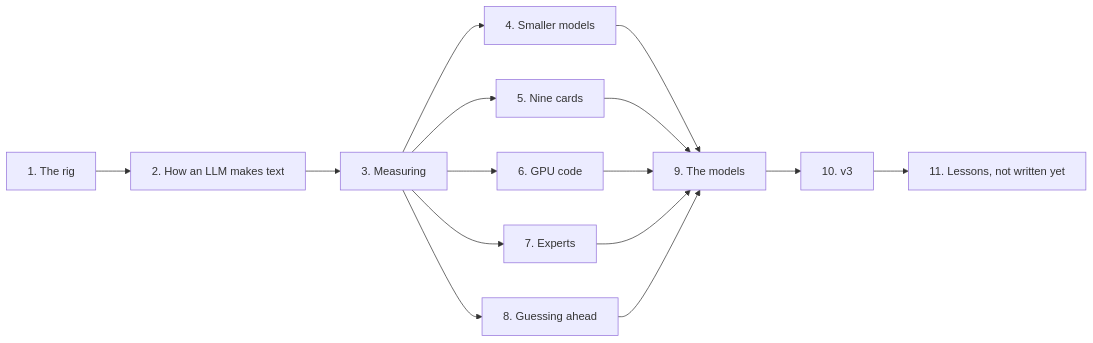
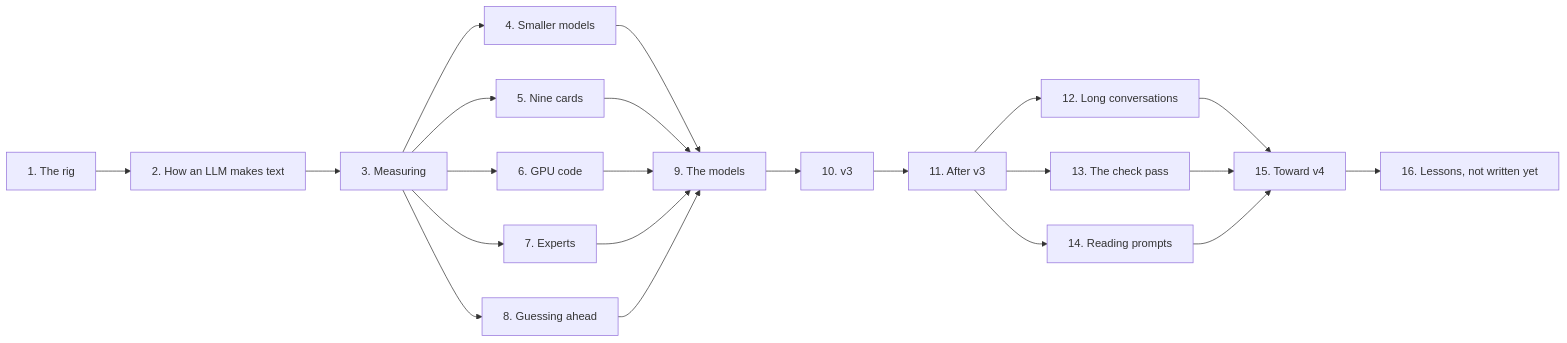
One commit to Cinderella-Man/llms-on-crypto-mining-rigs changed the diagram in docs/book/00-preface.md. Above: the diagram before and after it, drawn with Mermaid. The commit also changed other lines of this file and 17 other files, not shown here.

````diff
--- a/docs/book/00-preface.md
+++ b/docs/book/00-preface.md
@@ -121,10 +145,14 @@
 ```mermaid
 flowchart LR
     A[1. The rig] --> B[2. How an LLM makes text] --> C[3. Measuring]
     C --> D[4. Smaller models]
     C --> E[5. Nine cards]
     C --> F[6. GPU code]
     C --> G[7. Experts]
     C --> H[8. Guessing ahead]
-    D & E & F & G & H --> I[9. The models] --> K[10. v3] --> J[11. Lessons, not written yet]
+    D & E & F & G & H --> I[9. The models] --> K[10. v3] --> L[11. After v3]
+    L --> M[12. Long conversations]
+    L --> N[13. The check pass]
+    L --> O[14. Reading prompts]
+    M & N & O --> P[15. Toward v4] --> J[16. Lessons, not written yet]
 ```
````
